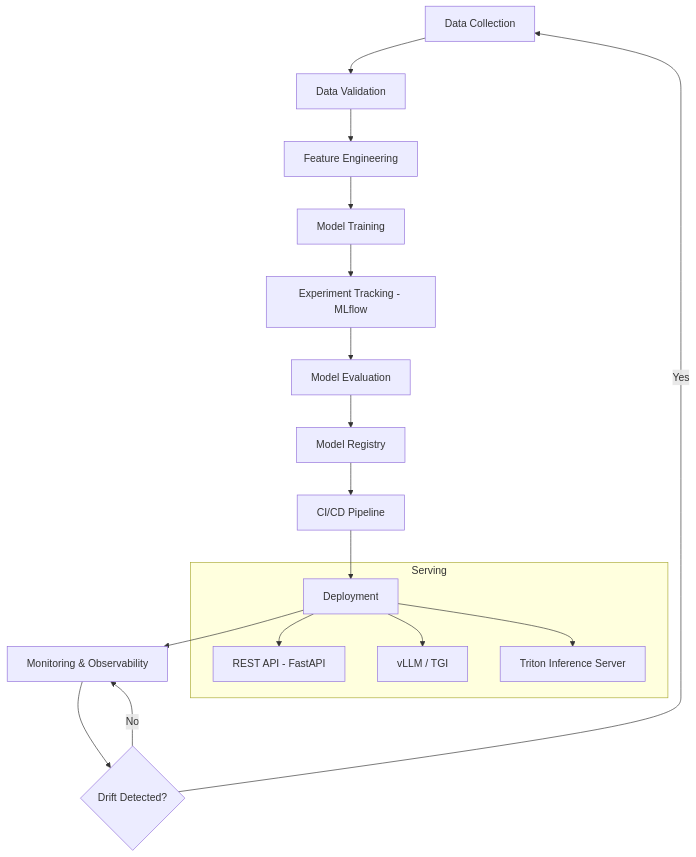
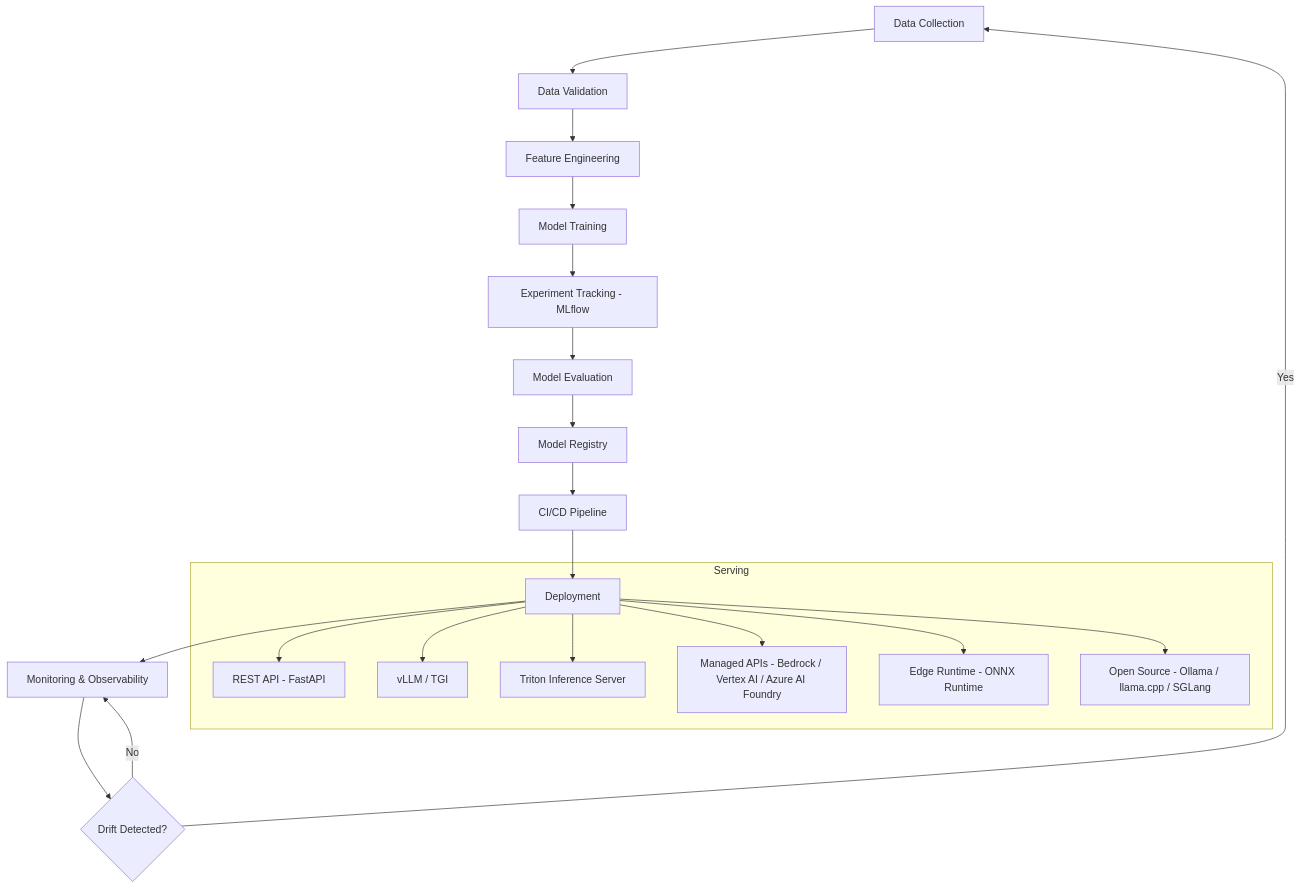
One commit to zai-collab/zero-to-ai changed the tenth of 21 diagrams in VISUAL_ROADMAP.md. Above: the diagram before and after it, drawn with Mermaid. The commit also changed 5 other files, not shown here.

````diff
--- a/VISUAL_ROADMAP.md
+++ b/VISUAL_ROADMAP.md
@@ -362,21 +362,24 @@
 ```{mermaid}
 flowchart TD
     A[Data Collection] --> B[Data Validation]
     B --> C[Feature Engineering]
     C --> D[Model Training]
     D --> E[Experiment Tracking - MLflow]
     E --> F[Model Evaluation]
     F --> G[Model Registry]
     G --> H[CI/CD Pipeline]
     H --> I[Deployment]
     I --> J[Monitoring & Observability]
     J --> K{Drift Detected?}
     K -->|Yes| A
     K -->|No| J
 
     subgraph Serving
         I --> S1[REST API - FastAPI]
         I --> S2[vLLM / TGI]
         I --> S3[Triton Inference Server]
+        I --> S4[Managed APIs - Bedrock / Vertex AI / Azure AI Foundry]
+        I --> S5[Edge Runtime - ONNX Runtime]
+        I --> S6[Open Source - Ollama / llama.cpp / SGLang]
     end
 ```
````
